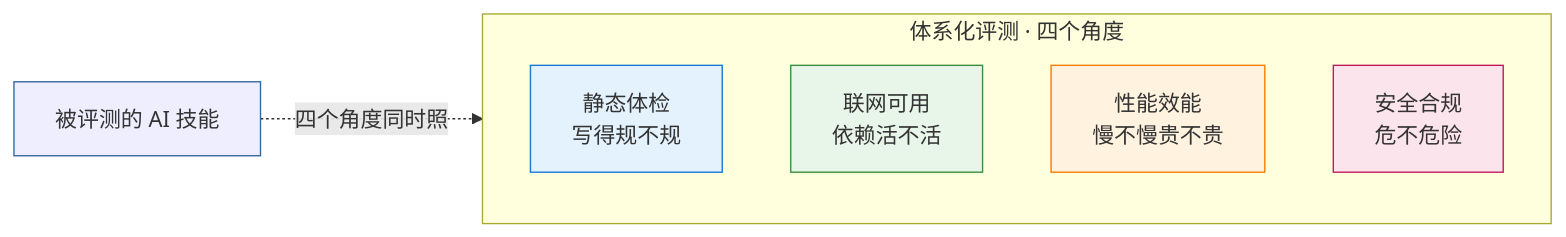
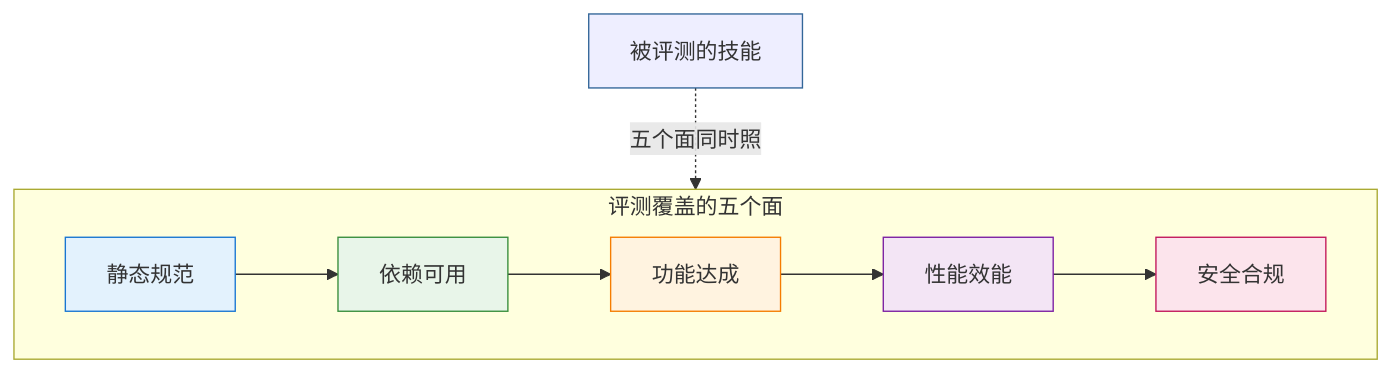
The second of 14 diagrams in references/skill-evaluation-system.md (huanggq26/skill-evaluator), drawn with Mermaid before and after one commit. The commit also changed other lines of this file, not shown here.

````diff
--- a/references/skill-evaluation-system.md
+++ b/references/skill-evaluation-system.md
@@ -54,15 +39,13 @@
 ```mermaid
-flowchart LR
-    subgraph 四维[体系化评测 · 四个角度]
-        静[静态体检<br/>写得规不规]
-        用[联网可用<br/>依赖活不活]
-        性[性能效能<br/>慢不慢贵不贵]
-        安[安全合规<br/>危不危险]
+flowchart TB
+    技能2[被评测的技能] -.五个面同时照.-> 面
+    subgraph 面[评测覆盖的五个面]
+        静2[静态规范] --> 用2[依赖可用] --> 功2[功能达成] --> 性2[性能效能] --> 安2[安全合规]
     end
-    技能2[被评测的 AI 技能] -.四个角度同时照.-> 四维
-    style 静 fill:#e3f2fd,stroke:#1976d2
-    style 用 fill:#e8f5e9,stroke:#388e3c
-    style 性 fill:#fff3e0,stroke:#f57c00
-    style 安 fill:#fce4ec,stroke:#c2185b
     style 技能2 fill:#eef,stroke:#369
+    style 静2 fill:#e3f2fd,stroke:#1976d2
+    style 用2 fill:#e8f5e9,stroke:#388e3c
+    style 功2 fill:#fff3e0,stroke:#f57c00
+    style 性2 fill:#f3e5f5,stroke:#7b1fa2
+    style 安2 fill:#fce4ec,stroke:#c2185b
 ```
````
